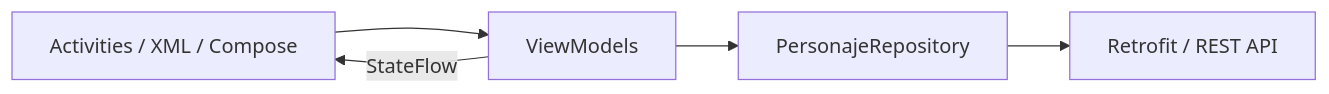
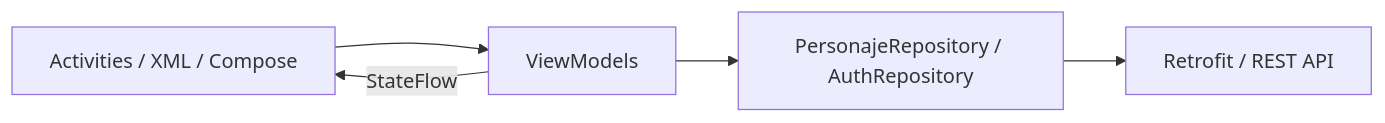
The fourth of 4 diagrams in README.md (Ixf2/UMBRAAndroid), drawn with Mermaid before and after one commit. The commit also changed other lines of this file, not shown here.

````diff
--- a/README.md
+++ b/README.md
@@ -282,7 +319,7 @@
 ```mermaid
 flowchart LR
     V[Activities / XML / Compose] --> VM[ViewModels]
-    VM --> R[PersonajeRepository]
+    VM --> R[PersonajeRepository / AuthRepository]
     R --> API[Retrofit / REST API]
     VM -->|StateFlow| V
 ```
````
